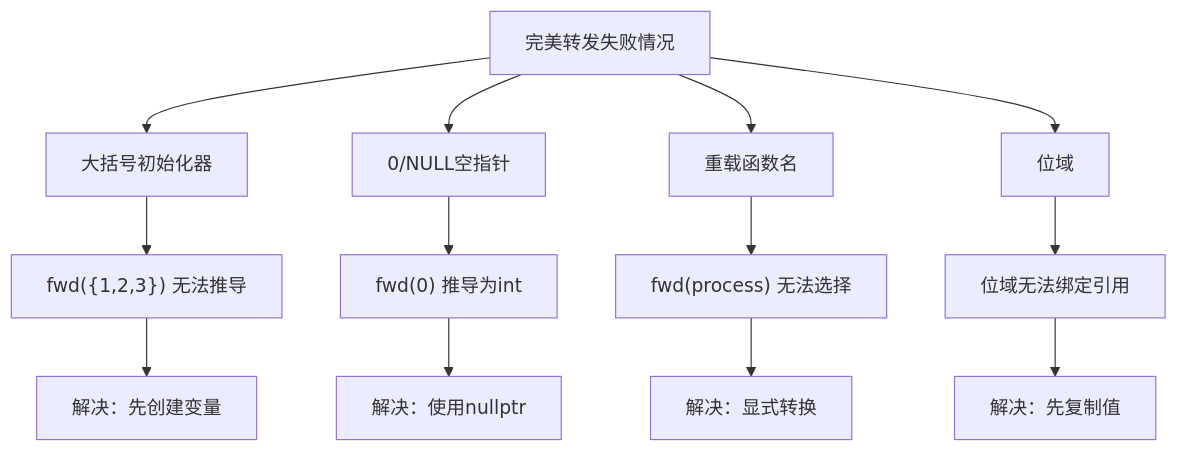
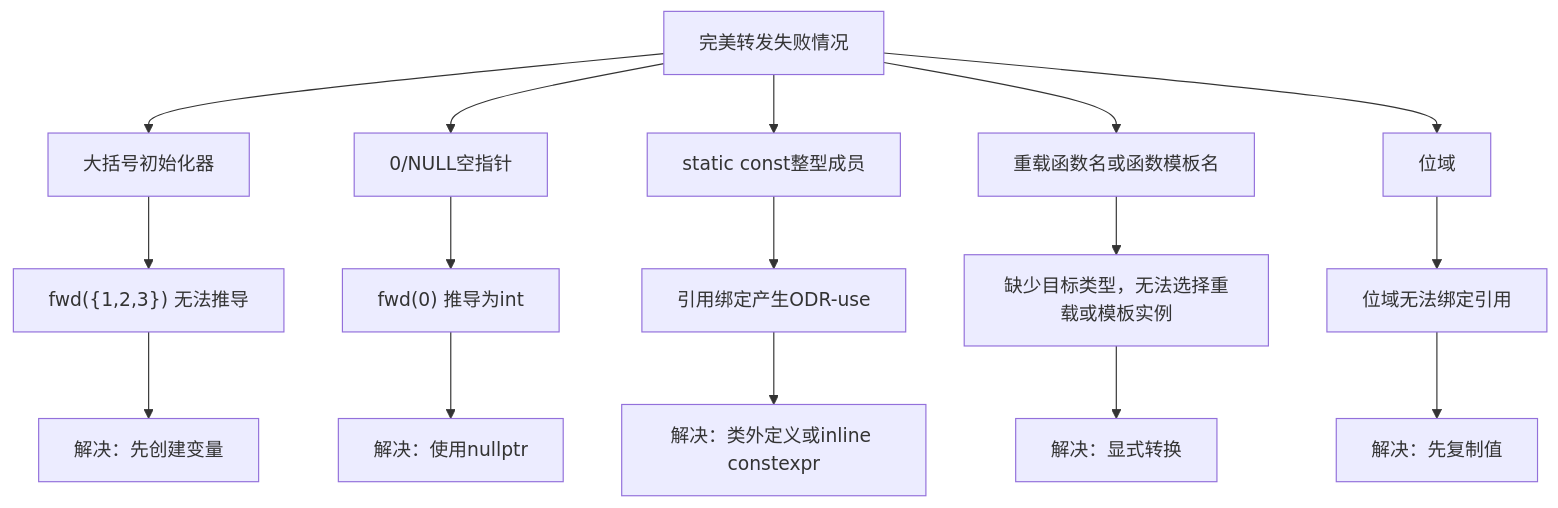
Before and after one commit to mlbo/cpp_learning: the third of 5 diagrams in week_04/day_25/README.md, drawn with Mermaid. The commit also changed other lines of this file and 675 other files, not shown here.

````diff
--- a/week_04/day_25/README.md
+++ b/week_04/day_25/README.md
@@ -301,17 +397,20 @@
 ```mermaid
 flowchart TD
     A[完美转发失败情况] --> B[大括号初始化器]
     A --> C[0/NULL空指针]
-    A --> D[重载函数名]
-    A --> E[位域]
+    A --> D[static const整型成员]
+    A --> E[重载函数名或函数模板名]
+    A --> F[位域]
     
     B --> B1["fwd({1,2,3}) 无法推导"]
     C --> C1["fwd(0) 推导为int"]
-    D --> D1["fwd(process) 无法选择"]
-    E --> E1["位域无法绑定引用"]
+    D --> D1["引用绑定产生ODR-use"]
+    E --> E1["缺少目标类型，无法选择重载或模板实例"]
+    F --> F1["位域无法绑定引用"]
     
     B1 --> B2["解决：先创建变量"]
     C1 --> C2["解决：使用nullptr"]
-    D1 --> D2["解决：显式转换"]
-    E1 --> E2["解决：先复制值"]
+    D1 --> D2["解决：类外定义或inline constexpr"]
+    E1 --> E2["解决：显式转换"]
+    F1 --> F2["解决：先复制值"]
 ```
````
